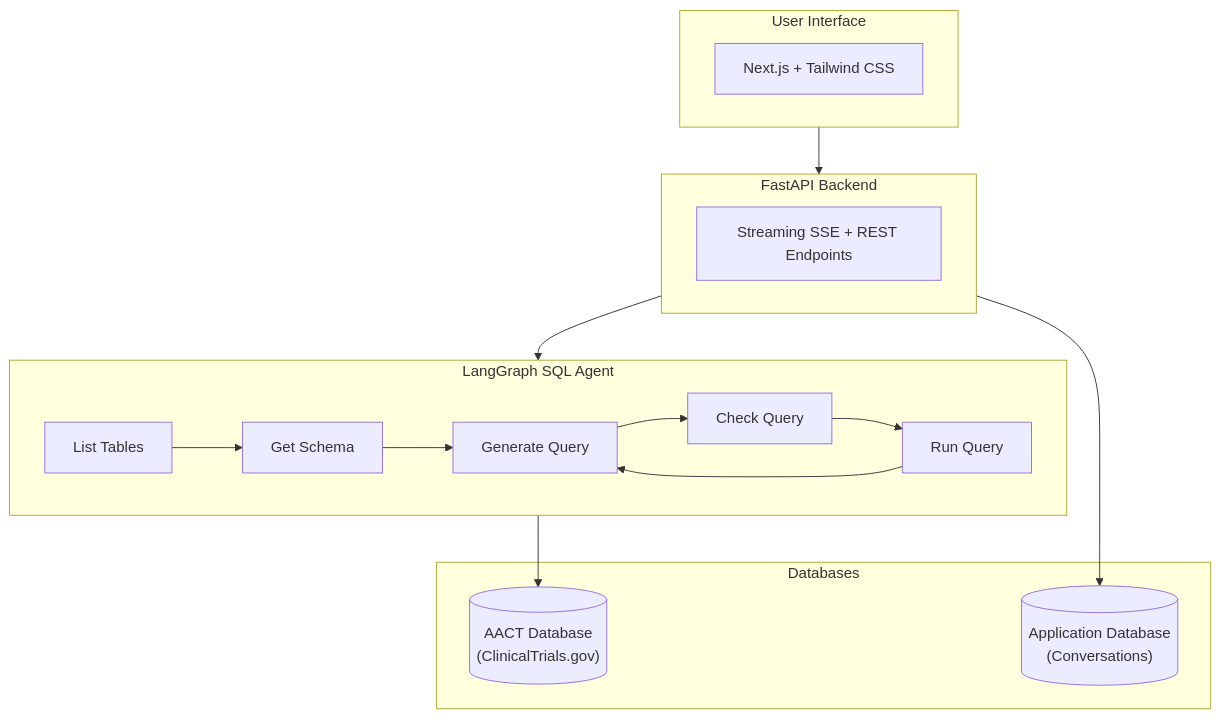
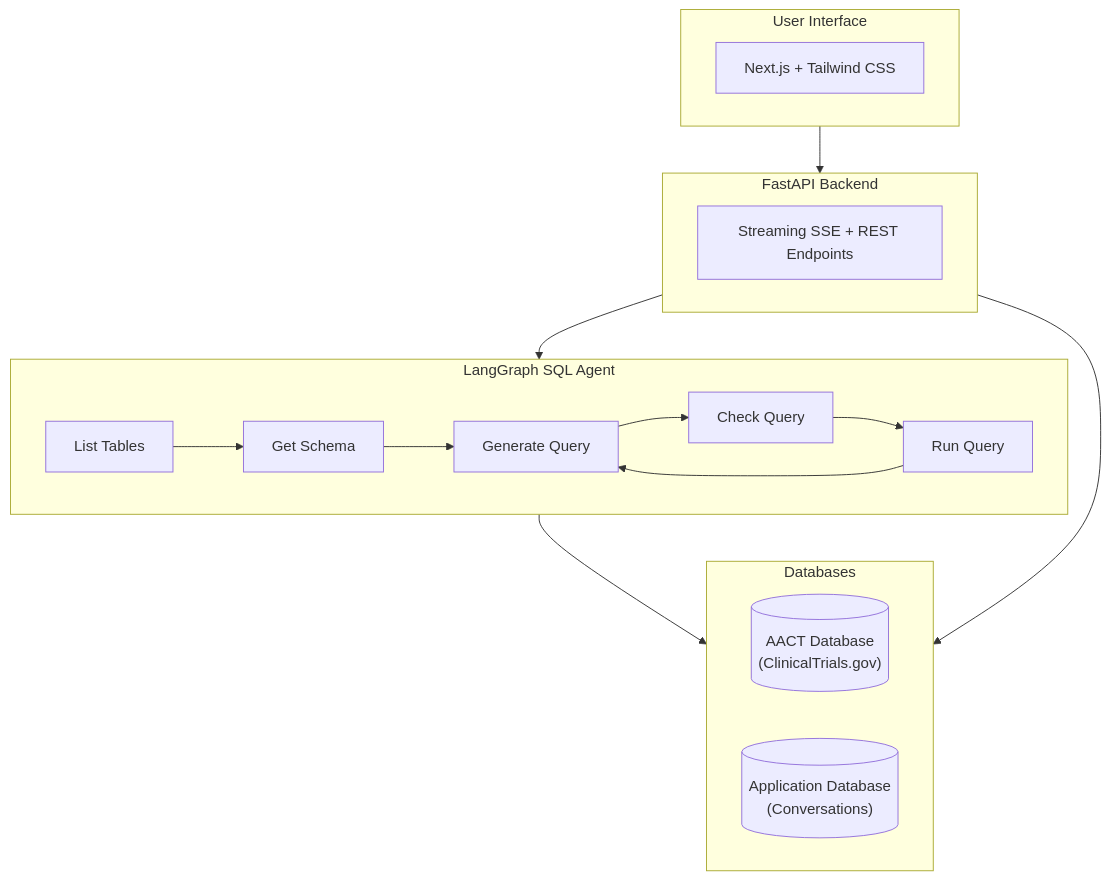
The first of 2 diagrams in README.md (bharatr21/clinical-trials-agent), drawn with Mermaid before and after one commit. The commit also changed other lines of this file and 7 other files, not shown here.

````diff
--- a/README.md
+++ b/README.md
@@ -43,35 +43,36 @@
 ```mermaid
 flowchart TB
     subgraph UI["User Interface"]
         NextJS["Next.js + Tailwind CSS"]
     end
 
     subgraph Backend["FastAPI Backend"]
         API["Streaming SSE + REST Endpoints"]
     end
 
     subgraph Agent["LangGraph SQL Agent"]
         direction LR
         ListTables["List Tables"]
         GetSchema["Get Schema"]
         GenerateQuery["Generate Query"]
         CheckQuery["Check Query"]
         RunQuery["Run Query"]
 
         ListTables --> GetSchema
         GetSchema --> GenerateQuery
         GenerateQuery --> CheckQuery
         CheckQuery --> RunQuery
         RunQuery --> GenerateQuery
     end
 
     subgraph Databases["Databases"]
-        AACT[("AACT Database\n(ClinicalTrials.gov)")]
-        AppDB[("Application Database\n(Conversations)")]
+        direction LR
+        AACT[("AACT Database<br/>(ClinicalTrials.gov)")]
+        AppDB[("Application Database<br/>(Conversations)")]
     end
 
     UI --> Backend
     Backend --> Agent
     Agent --> AACT
     Backend --> AppDB
 ```
````
